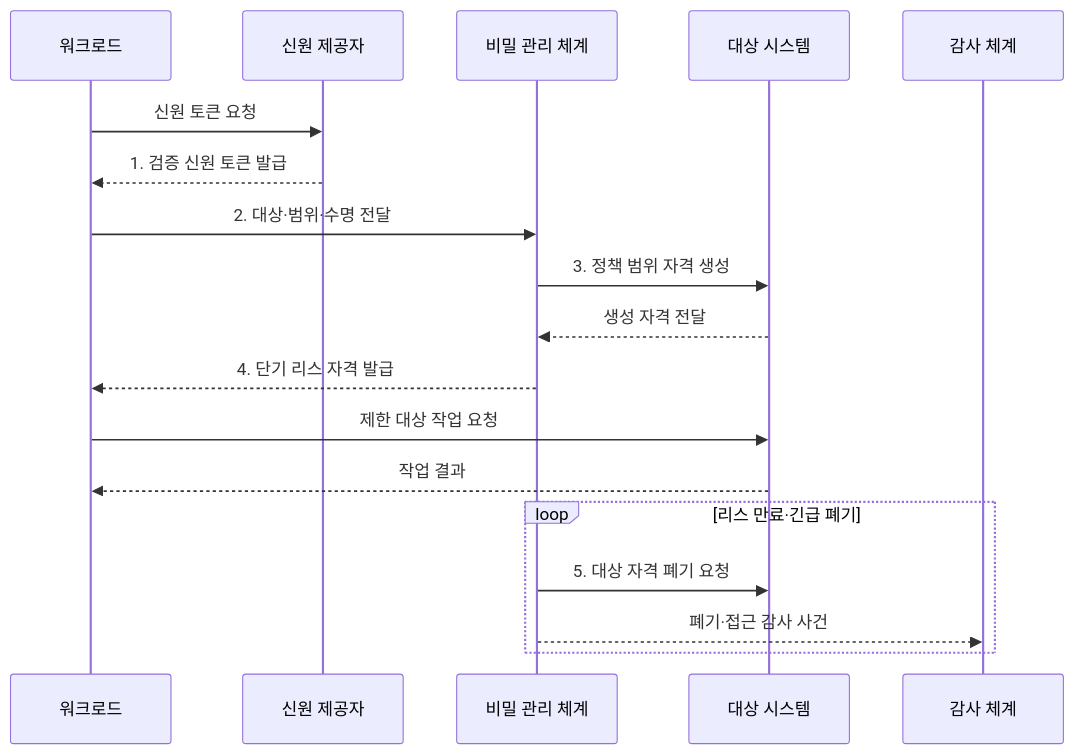
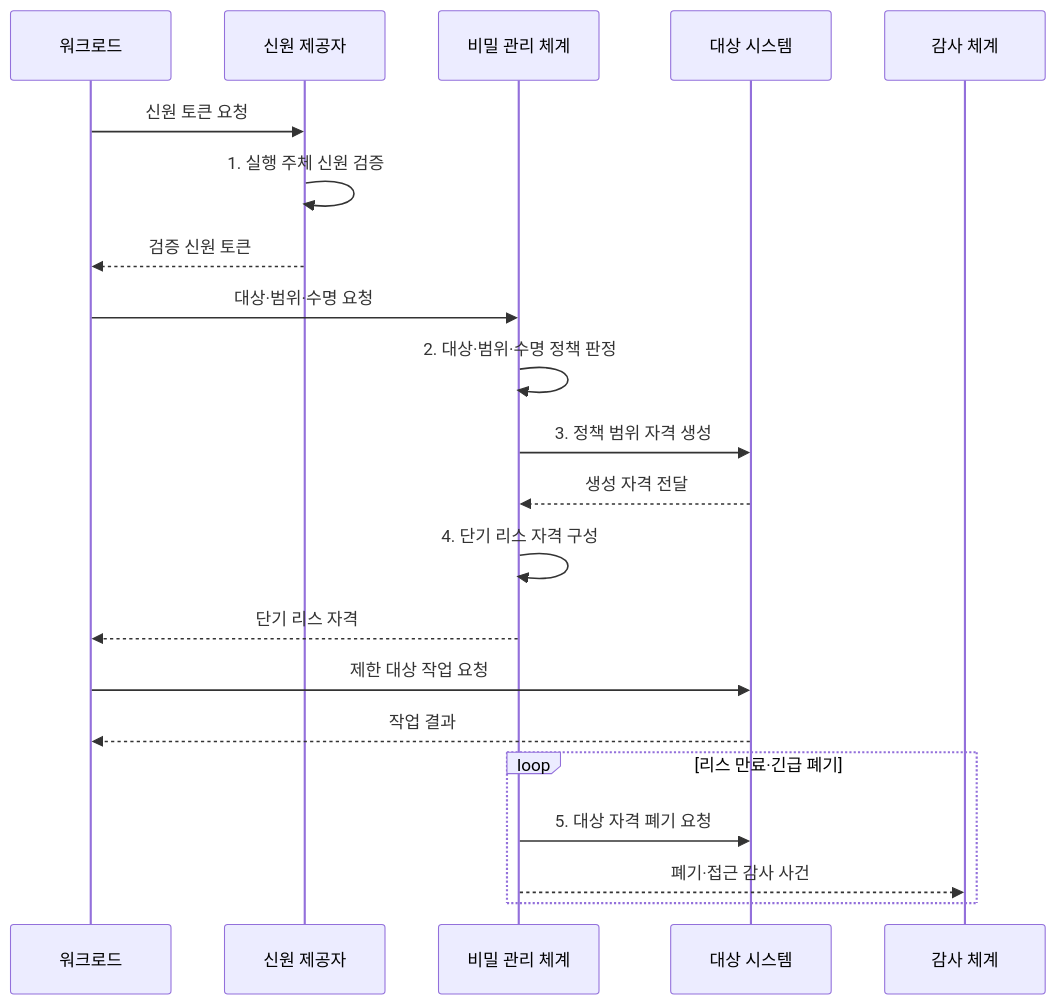
The second of 2 diagrams in src/content/docs/notes/05-security/077_secrets_management_vault_aws_secrets.md (agnusdei1207/knowledge-base), drawn with Mermaid before and after one commit. The commit also changed other lines of this file and 18 other files, not shown here.

````diff
--- a/src/content/docs/notes/05-security/077_secrets_management_vault_aws_secrets.md
+++ b/src/content/docs/notes/05-security/077_secrets_management_vault_aws_secrets.md
@@ -89,20 +89,23 @@
 ```mermaid
 sequenceDiagram
     participant W as 워크로드
     participant I as 신원 제공자
     participant S as 비밀 관리 체계
     participant T as 대상 시스템
     participant A as 감사 체계
     W->>I: 신원 토큰 요청
-    I-->>W: 1. 검증 신원 토큰 발급
-    W->>S: 2. 대상·범위·수명 전달
+    I->>I: 1. 실행 주체 신원 검증
+    I-->>W: 검증 신원 토큰
+    W->>S: 대상·범위·수명 요청
+    S->>S: 2. 대상·범위·수명 정책 판정
     S->>T: 3. 정책 범위 자격 생성
     T-->>S: 생성 자격 전달
-    S-->>W: 4. 단기 리스 자격 발급
+    S->>S: 4. 단기 리스 자격 구성
+    S-->>W: 단기 리스 자격
     W->>T: 제한 대상 작업 요청
     T-->>W: 작업 결과
     loop 리스 만료·긴급 폐기
         S->>T: 5. 대상 자격 폐기 요청
         S-->>A: 폐기·접근 감사 사건
     end
 ```
````
